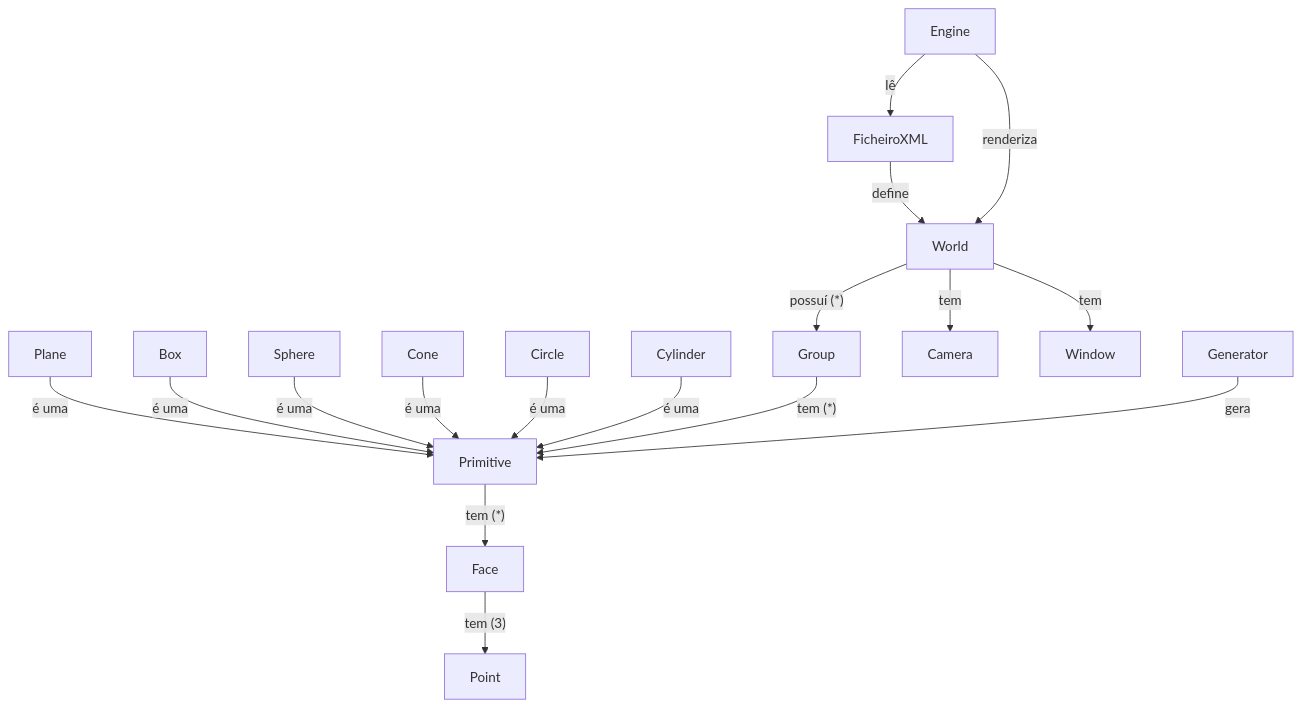
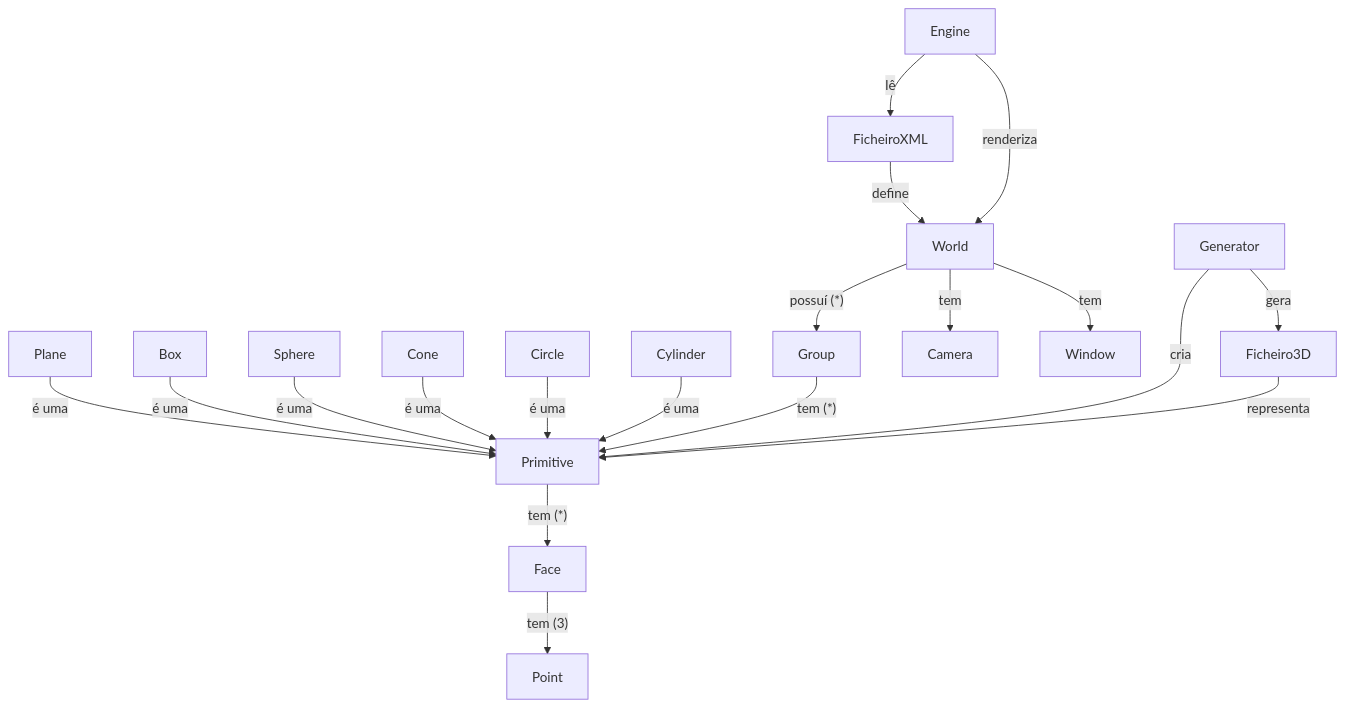
One commit to guinucool/ProjCompGrafica24UM changed the first of 2 diagrams in README.md. Above: the diagram before and after it, drawn with Mermaid.

````diff
--- a/README.md
+++ b/README.md
@@ -181,19 +181,21 @@
 ```mermaid
 graph TD
     Primitive-- tem (*) -->Face
     Face-- tem (3) -->Point
     Plane-- é uma -->Primitive
     Box-- é uma -->Primitive
     Sphere-- é uma -->Primitive
     Cone-- é uma -->Primitive
     Circle-- é uma -->Primitive
     Cylinder-- é uma -->Primitive
     Group-- tem (*) -->Primitive
     World-- possuí (*) -->Group
     World-- tem -->Camera
     World-- tem -->Window
     Engine-- lê -->FicheiroXML
     FicheiroXML-- define -->World
     Engine-- renderiza -->World
-    Generator-- gera -->Primitive
+    Generator-- cria -->Primitive
+    Generator-- gera -->Ficheiro3D
+    Ficheiro3D-- representa -->Primitive
 ```
````
